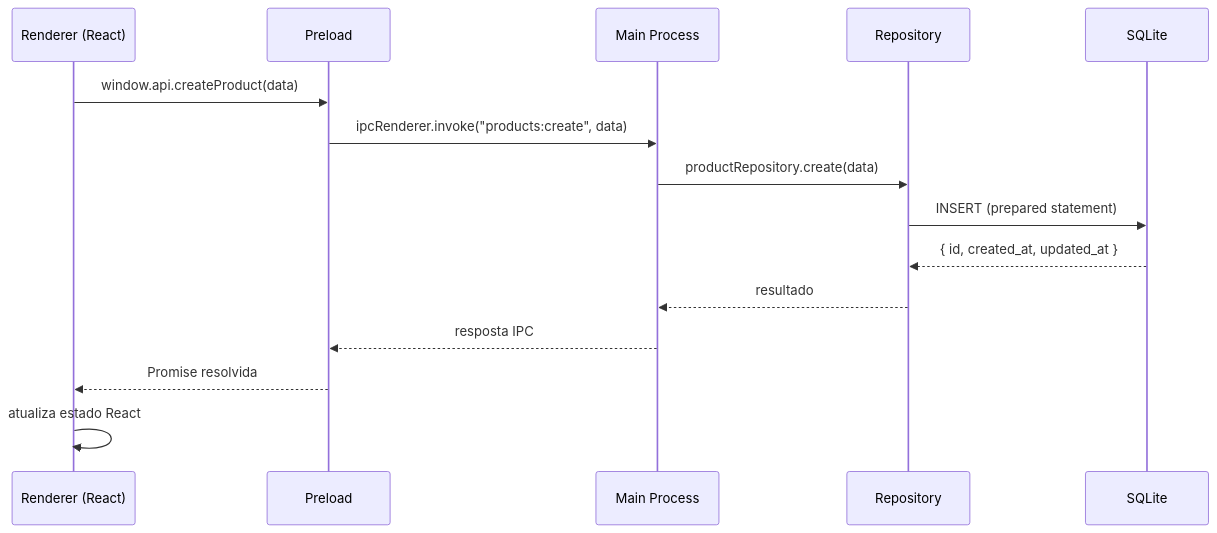
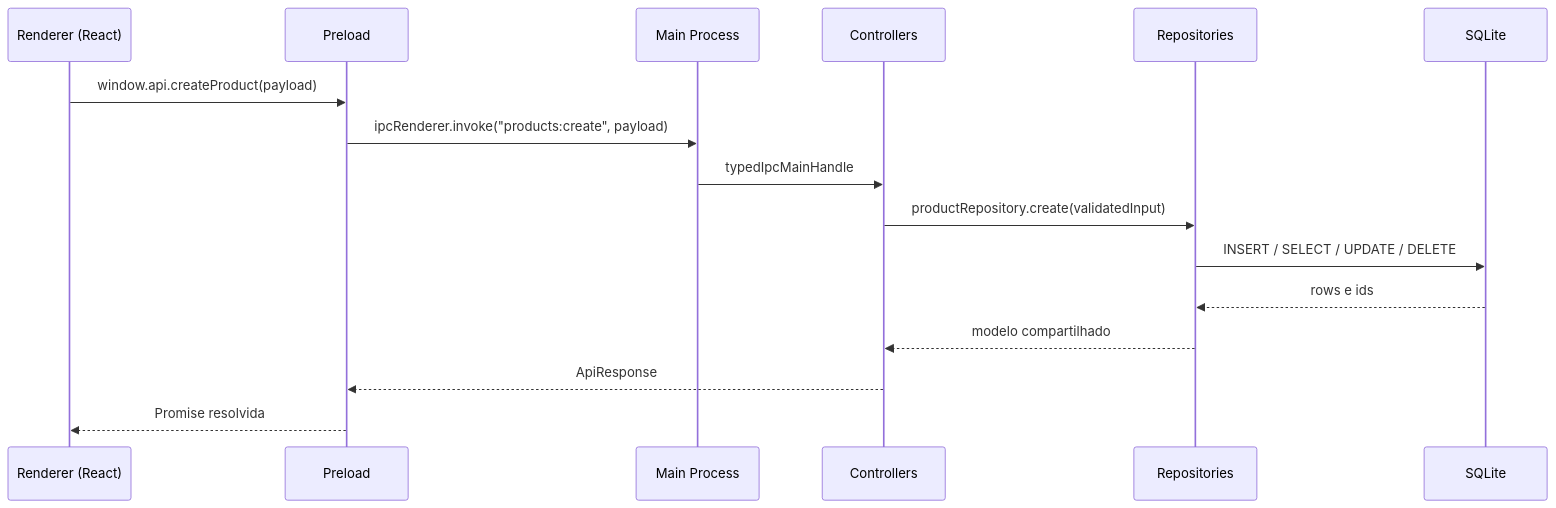
Before and after one commit to kvojps/meu-negocio-app: the diagram in docs/architecture.md, drawn with Mermaid. The commit also changed other lines of this file and 4 other files, not shown here.

Commit message:
[docs]: adapt documentation to architecture changes

````diff
--- a/docs/architecture.md
+++ b/docs/architecture.md
@@ -187,18 +70,19 @@
 ```mermaid
 sequenceDiagram
     participant UI as Renderer (React)
     participant Pre as Preload
     participant Main as Main Process
-    participant Repo as Repository
+    participant Ctrl as Controllers
+    participant Repo as Repositories
     participant DB as SQLite
 
-    UI->>Pre: window.api.createProduct(data)
-    Pre->>Main: ipcRenderer.invoke("products:create", data)
-    Main->>Repo: productRepository.create(data)
-    Repo->>DB: INSERT (prepared statement)
-    DB-->>Repo: { id, created_at, updated_at }
-    Repo-->>Main: resultado
-    Main-->>Pre: resposta IPC
+    UI->>Pre: window.api.createProduct(payload)
+    Pre->>Main: ipcRenderer.invoke("products:create", payload)
+    Main->>Ctrl: typedIpcMainHandle
+    Ctrl->>Repo: productRepository.create(validatedInput)
+    Repo->>DB: INSERT / SELECT / UPDATE / DELETE
+    DB-->>Repo: rows e ids
+    Repo-->>Ctrl: modelo compartilhado
+    Ctrl-->>Pre: ApiResponse
     Pre-->>UI: Promise resolvida
-    UI->>UI: atualiza estado React
 ```
````
